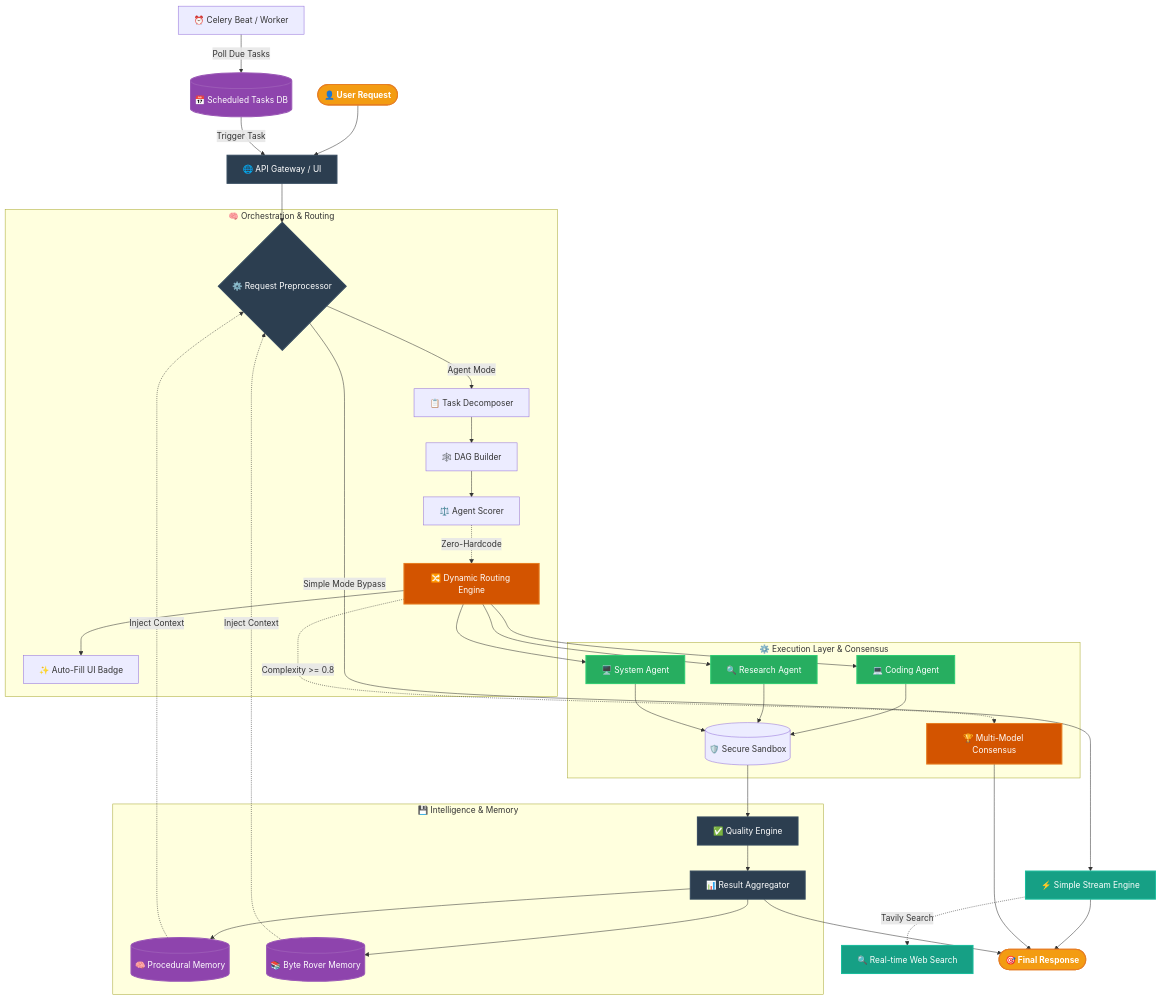
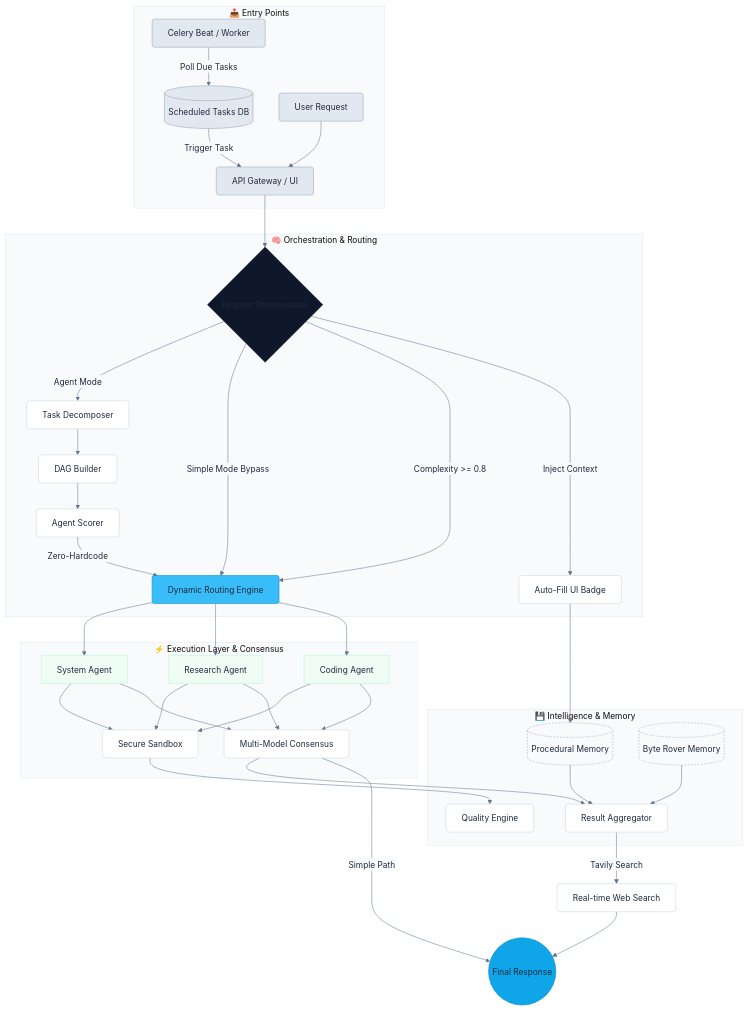
One commit to maztfajar/ai-super changed the diagram in README.md. Above: the diagram before and after it, drawn with Mermaid. The commit also changed other lines of this file, not shown here.

Commit message:
docs: update system architecture mermaid diagram with improved styling and structure

````diff
--- a/README.md
+++ b/README.md
@@ -79,49 +79,95 @@
 ```mermaid
-graph TD
-    classDef userNode  fill:#f39c12,stroke:#e67e22,stroke-width:2px,color:#fff,font-weight:bold
-    classDef coreEngine fill:#2c3e50,stroke:#34495e,stroke-width:2px,color:#fff
-    classDef execution  fill:#27ae60,stroke:#2ecc71,stroke-width:2px,color:#fff
-    classDef memory     fill:#8e44ad,stroke:#9b59b6,stroke-width:2px,color:#fff
-    classDef routing    fill:#d35400,stroke:#e67e22,stroke-width:2px,color:#fff
-    classDef simple     fill:#16a085,stroke:#1abc9c,stroke-width:2px,color:#fff
+%%{init: {
+  'theme': 'base',
+  'themeVariables': {
+    'primaryColor': '#ffffff',
+    'primaryTextColor': '#1e293b',
+    'primaryBorderColor': '#cbd5e1',
+    'lineColor': '#64748b',
+    'secondaryColor': '#f8fafc',
+    'tertiaryColor': '#f1f5f9'
+  }
+}}%%
 
-    User([👤 User Request]):::userNode --> Gateway[🌐 API Gateway / UI]:::coreEngine
-    Celery[⏰ Celery Beat / Worker] -->|Poll Due Tasks| ScheduledTasks[(📅 Scheduled Tasks DB)]:::memory
-    ScheduledTasks -->|Trigger Task| Gateway
+graph TB
+    %% Styling Global Toko / Node
+    classDef entry fill:#e2e8f0,stroke:#94a3b8,stroke-width:1px,rx:5px,ry:5px;
+    classDef process fill:#ffffff,stroke:#cbd5e1,stroke-width:1px,rx:6px,ry:6px;
+    classDef router fill:#0f172a,textColor:#ffffff,stroke:#0f172a,stroke-width:1px,rx:4px,ry:4px;
+    classDef engine fill:#38bdf8,stroke:#0284c7,stroke-width:1px,rx:4px,ry:4px;
+    classDef agent fill:#f0fdf4,stroke:#bbf7d0,textColor:#166534,stroke-width:1px;
+    classDef db fill:#f8fafc,stroke:#94a3b8,stroke-dasharray: 3 3,rx:8px,ry:8px;
+    classDef output fill:#0ea5e9,textColor:#ffffff,stroke:#0284c7,stroke-width:1px,rx:20px;
 
-    Gateway --> Preprocessor{⚙️ Request Preprocessor}:::coreEngine
+    %% --- ENTRY POINTS LAYER ---
+    subgraph EP ["📥 Entry Points"]
+        CB[Celery Beat / Worker] -->|Poll Due Tasks| ST[(Scheduled Tasks DB)]
+        ST -->|Trigger Task| AG[API Gateway / UI]
+        UR[User Request] --> AG
+    end
+    class CB,ST,UR,AG entry;
 
-    Preprocessor -->|Simple Mode Bypass| DirectStream[⚡ Simple Stream Engine]:::simple
-    DirectStream -.->|Tavily Search| Web[🔍 Real-time Web Search]:::simple
-    DirectStream --> FinalResponse([🎯 Final Response]):::userNode
+    %% --- ORCHESTRATION & ROUTING ---
+    subgraph OR ["🧠 Orchestration & Routing"]
+        AG --> RP{Request Preprocessor}
+        
+        %% Agent Mode Path
+        RP -->|Agent Mode| TD[Task Decomposer]
+        TD --> DB[DAG Builder]
+        DB --> AS[Agent Scorer]
+        AS -->|Zero-Hardcode| DR[Dynamic Routing Engine]
+        
+        %% Simple Mode Path
+        RP -->|Simple Mode Bypass| DR
+        RP -->|Complexity >= 0.8| DR
+        RP -->|Inject Context| AU[Auto-Fill UI Badge]
+    end
+    class RP router;
+    class TD,DB,AS,AU process;
+    class DR engine;
 
-    subgraph "🧠 Orchestration & Routing"
-        Preprocessor -->|Agent Mode| Decomposer[📋 Task Decomposer]
-        Decomposer --> DAG[🕸️ DAG Builder]
-        DAG --> Scorer[⚖️ Agent Scorer]
-        Scorer -.->|Zero-Hardcode| RoutingEngine[🔀 Dynamic Routing Engine]:::routing
-        RoutingEngine --> AutoFill[✨ Auto-Fill UI Badge]
+    %% --- EXECUTION LAYER & CONSENSUS ---
+    subgraph EX ["⚡ Execution Layer & Consensus"]
+        DR --> SA[System Agent]
+        DR --> RA[Research Agent]
+        DR --> CA[Coding Agent]
+        
+        SA & RA & CA --> SS[Secure Sandbox]
+        SA & RA & CA --> MC[Multi-Model Consensus]
     end
+    class SA,RA,CA agent;
+    class SS,MC process;
 
-    subgraph "⚙️ Execution Layer & Consensus"
-        RoutingEngine -.->|Complexity >= 0.8| VotingEngine[🏆 Multi-Model Consensus]:::routing
-        RoutingEngine --> Agent1[💻 Coding Agent]:::execution
-        RoutingEngine --> Agent2[🔍 Research Agent]:::execution
-        RoutingEngine --> Agent3[🖥️ System Agent]:::execution
-        Agent1 --> Sandbox[(🛡️ Secure Sandbox)]
-        Agent2 --> Sandbox
-        Agent3 --> Sandbox
+    %% --- INTELLIGENCE & MEMORY ---
+    subgraph IM ["💾 Intelligence & Memory"]
+        QE[Quality Engine]
+        RAg[Result Aggregator]
+        
+        PM[(Procedural Memory)]
+        BRM[(Byte Rover Memory)]
     end
+    class QE,RAg process;
+    class PM,BRM db;
 
-    subgraph "💾 Intelligence & Memory"
-        Sandbox --> Quality[✅ Quality Engine]:::coreEngine
-        Quality --> Aggregator[📊 Result Aggregator]:::coreEngine
-        Aggregator --> PM[(🧠 Procedural Memory)]:::memory
-        Aggregator --> BR[(📚 Byte Rover Memory)]:::memory
-        PM -.->|Inject Context| Preprocessor
-        BR -.->|Inject Context| Preprocessor
-    end
+    %% --- ALUR INTER-LAYER ---
+    SS --> QE
+    MC --> RAg
+    AU --> PM
+    
+    PM --> RAg
+    BRM --> RAg
+    
+    %% --- OUTPUT LAYER ---
+    RAg -->|Tavily Search| RWS[Real-time Web Search]
+    RWS --> FR((Final Response))
+    MC -->|Simple Path| FR
+    
+    class RWS process;
+    class FR output;
 
-    VotingEngine --> FinalResponse
-    Aggregator --> FinalResponse
+    %% Layout Adjustment
+    style EP fill:#f8fafc,stroke:#e2e8f0,stroke-width:1px;
+    style OR fill:#f8fafc,stroke:#e2e8f0,stroke-width:1px;
+    style EX fill:#f8fafc,stroke:#e2e8f0,stroke-width:1px;
+    style IM fill:#f8fafc,stroke:#e2e8f0,stroke-width:1px;
 ```
````
